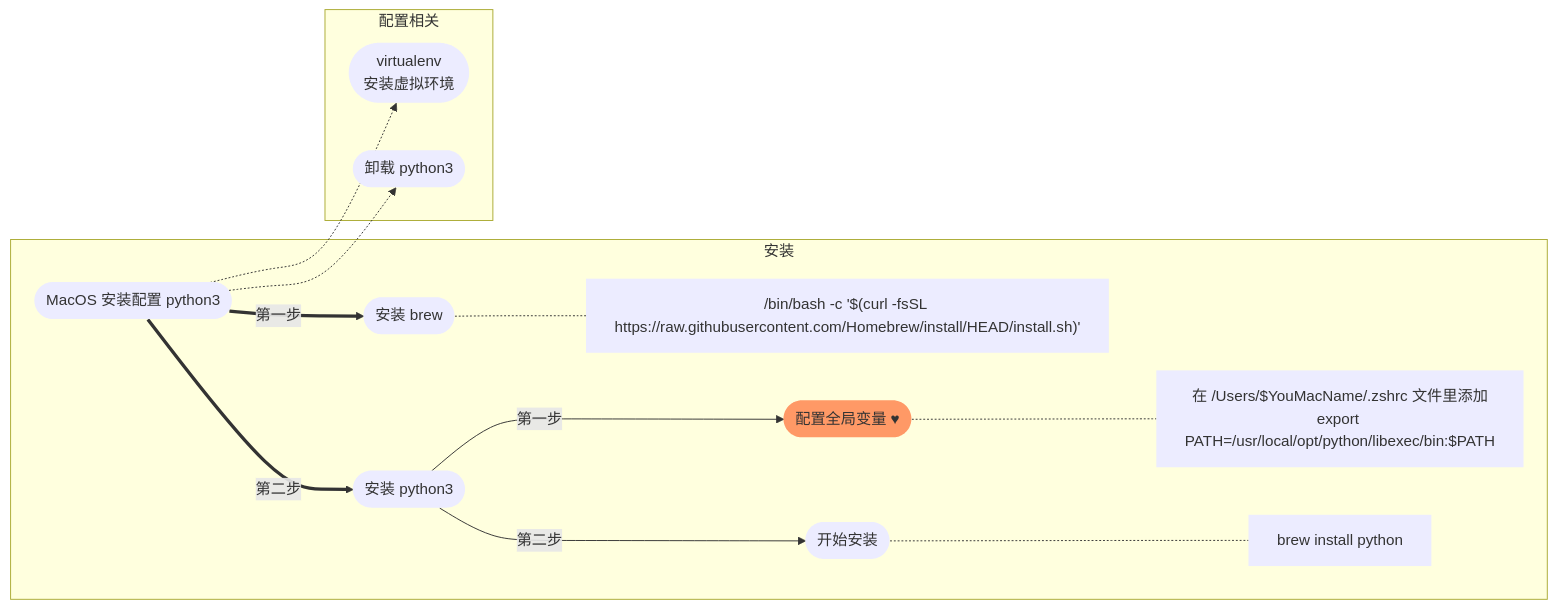
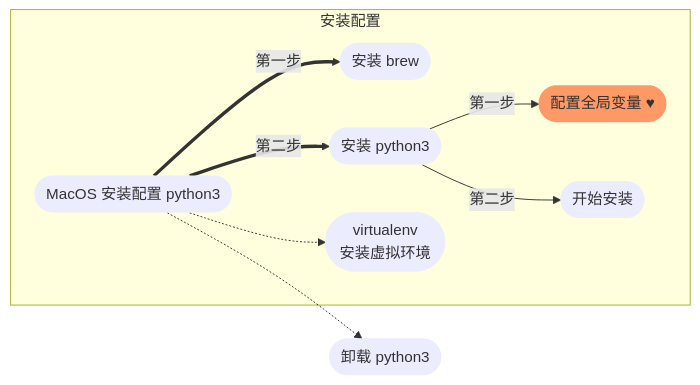
Before and after one commit to yangtudou/yangtudou: the diagram in MacOS安装配置python3.md, drawn with Mermaid.

````diff
--- a/MacOS安装配置python3.md
+++ b/MacOS安装配置python3.md
@@ -10,24 +10,18 @@
 ```mermaid
 flowchart LR
     %% 定义全局的样式
     classDef default stroke-width:0px;
     classDef important fill:#f96;
     %% 结束
-    
     A([MacOS 安装配置 python3])
-    subgraph 安装
+    subgraph 安装配置
     A == 第一步 ==> B([安装 brew])
-    B -.- B1["/bin/bash -c '$(curl -fsSL https://raw.githubusercontent.com/Homebrew/install/HEAD/install.sh)'"]
     A == 第二步 ==> C([安装 python3])
     C -- 第一步 -->C1(["配置全局变量 #9829;"]):::important
     C -- 第二步 -->C2([开始安装])
-    C1 -.- D1["在 /Users/$YouMacName/.zshrc 文件里添加\nexport PATH="/usr/local/opt/python/libexec/bin:$PATH""]
-    C2 -.- D2[brew install python]
+    A -.-> D([" virtualenv\n安装虚拟环境"])
     end
-    subgraph 配置相关
-    A -.-> D([" virtualenv\n安装虚拟环境"])
     A -.-> E([卸载 python3])
-    end
     %% 链接
     click B "https://brew.sh/" "brew 官网地址"
 ```
````
